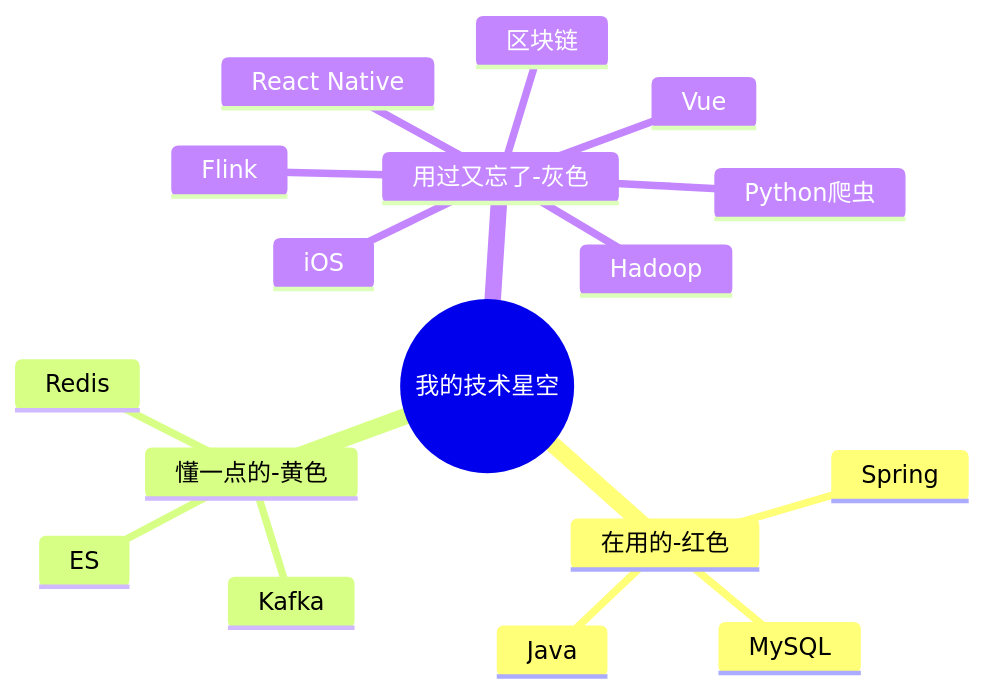
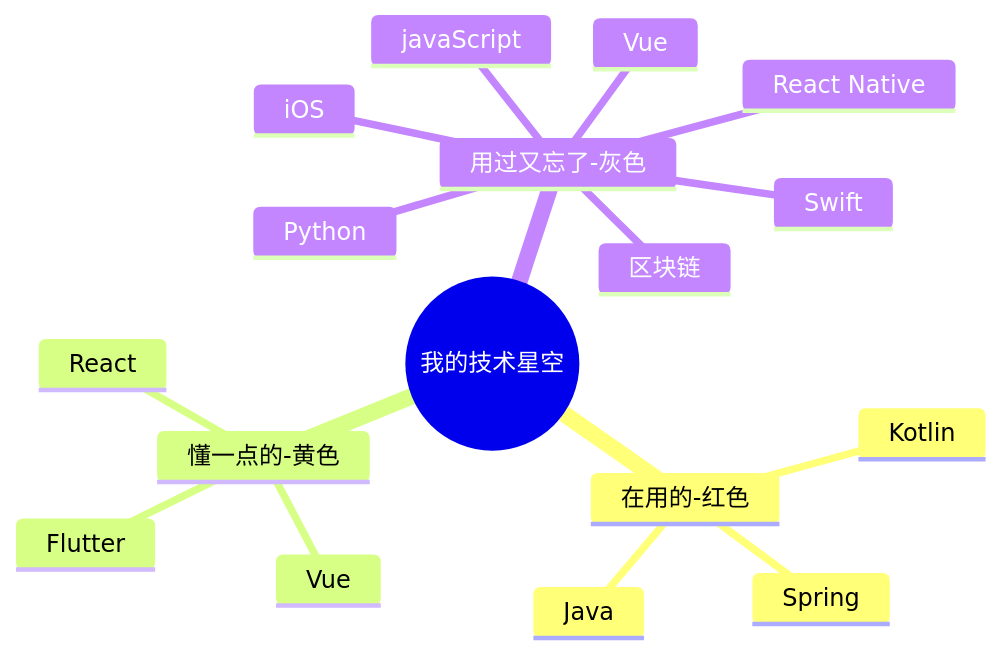
The first of 9 diagrams in 10.打工充平常记录/10.自我精进七课/02.信息筛选和体系/2.2体系思维很重要.md (chongyang211/YCBookBlog), drawn with Mermaid before and after one commit. The commit also changed other lines of this file, not shown here.

Commit message:
什么是点性思维

````diff
--- a/10.打工充平常记录/10.自我精进七课/02.信息筛选和体系/2.2体系思维很重要.md
+++ b/10.打工充平常记录/10.自我精进七课/02.信息筛选和体系/2.2体系思维很重要.md
@@ -33,20 +33,20 @@
 ```mermaid
 mindmap
   root((我的技术星空))
     在用的-红色
       Java
       Spring
-      MySQL
+      Kotlin
     懂一点的-黄色
-      Redis
-      Kafka
-      ES
+      Vue
+      Flutter
+      React
     用过又忘了-灰色
-      Hadoop
-      Flink
+      Python
+      Swift
       Vue
       React Native
       iOS
-      Python爬虫
+      javaScript
       区块链
 ```
````
